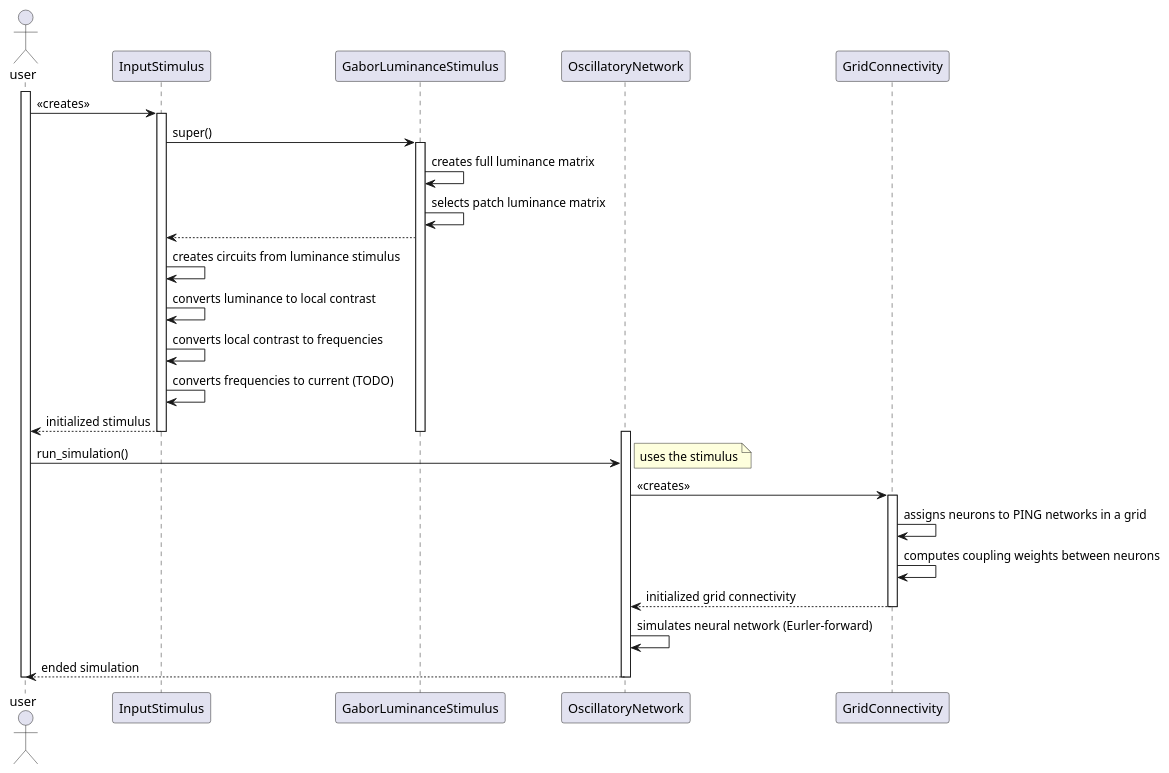
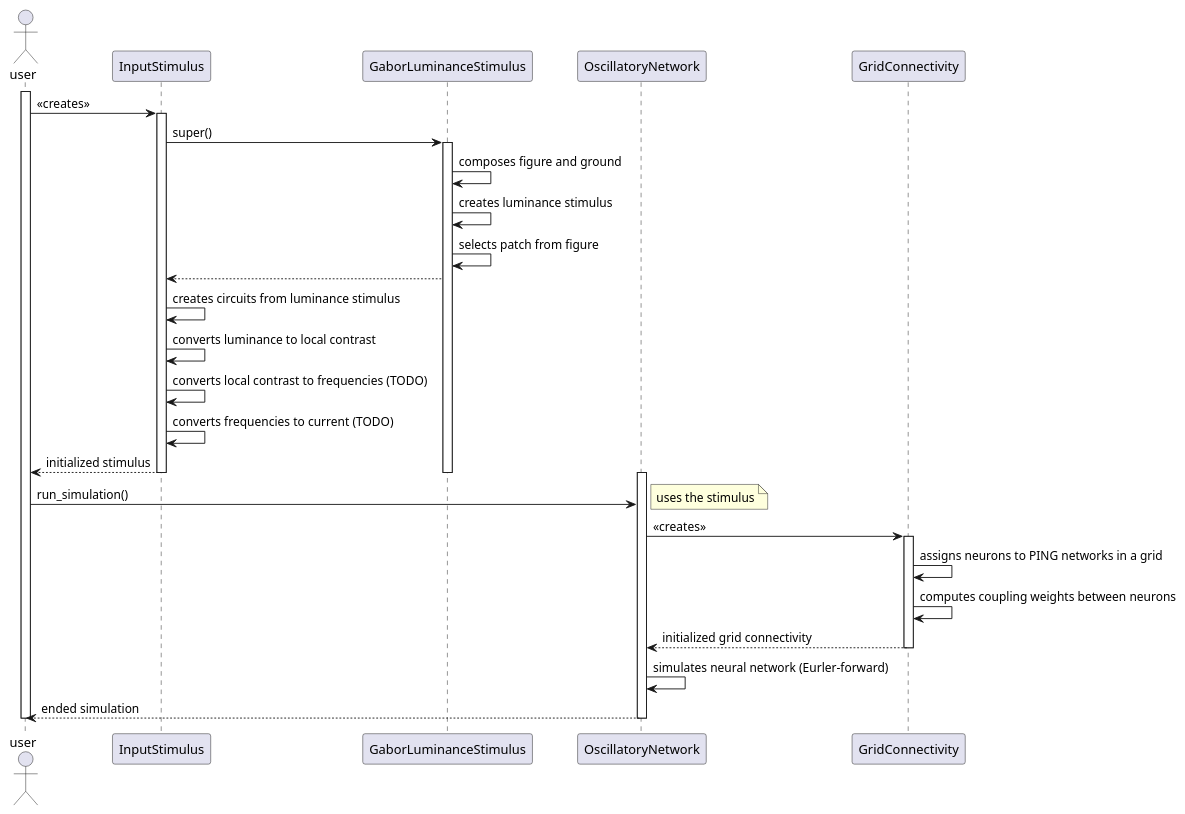
Before and after one commit to thatmariia/grid-ping: the diagram in docs/source/sequence-diagram.rst, drawn with PlantUML. The commit also changed 31 other files, not shown here.

Commit message:
updates for diagram

```diff
--- a/docs/source/sequence-diagram.rst
+++ b/docs/source/sequence-diagram.rst
@@ -4,49 +4,50 @@
 .. uml::
 
     @startuml
     actor user
     activate user
 
     user -> InputStimulus : <<creates>>
     activate InputStimulus
 
     InputStimulus -> GaborLuminanceStimulus : super()
     activate GaborLuminanceStimulus
 
-    GaborLuminanceStimulus -> GaborLuminanceStimulus: creates full luminance matrix
-    GaborLuminanceStimulus -> GaborLuminanceStimulus: selects patch luminance matrix
+    GaborLuminanceStimulus -> GaborLuminanceStimulus: composes figure and ground
+    GaborLuminanceStimulus -> GaborLuminanceStimulus: creates luminance stimulus
+    GaborLuminanceStimulus -> GaborLuminanceStimulus: selects patch from figure
 
     GaborLuminanceStimulus --> InputStimulus
 
     InputStimulus -> InputStimulus: creates circuits from luminance stimulus
     InputStimulus -> InputStimulus: converts luminance to local contrast
-    InputStimulus -> InputStimulus: converts local contrast to frequencies
+    InputStimulus -> InputStimulus: converts local contrast to frequencies (TODO)
     InputStimulus -> InputStimulus: converts frequencies to current (TODO)
 
     InputStimulus --> user : initialized stimulus
 
     deactivate GaborLuminanceStimulus
     deactivate InputStimulus
 
     activate OscillatoryNetwork
     user -> OscillatoryNetwork: run_simulation()
     note right
       uses the stimulus
     end note
 
     OscillatoryNetwork -> GridConnectivity: <<creates>>
     activate GridConnectivity
 
     GridConnectivity -> GridConnectivity: assigns neurons to PING networks in a grid
     GridConnectivity -> GridConnectivity: computes coupling weights between neurons
 
     GridConnectivity --> OscillatoryNetwork: initialized grid connectivity
     deactivate GridConnectivity
 
     OscillatoryNetwork -> OscillatoryNetwork: simulates neural network (Eurler-forward)
 
     OscillatoryNetwork --> user: ended simulation
     deactivate OscillatoryNetwork
     deactivate user
 
     @enduml
```
